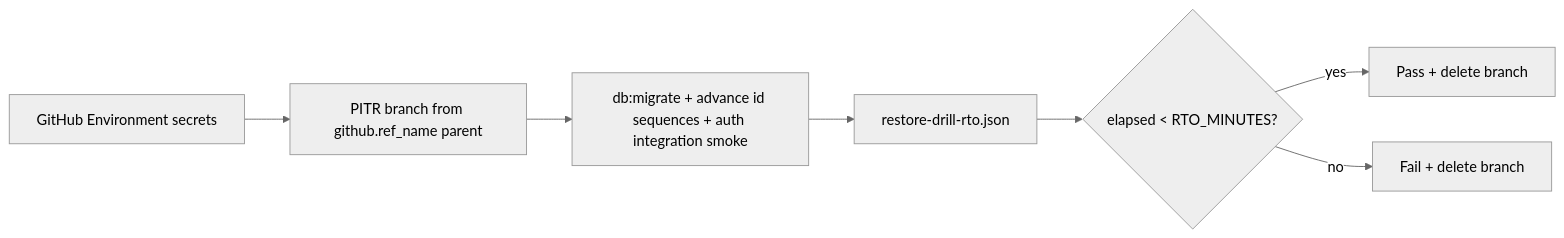
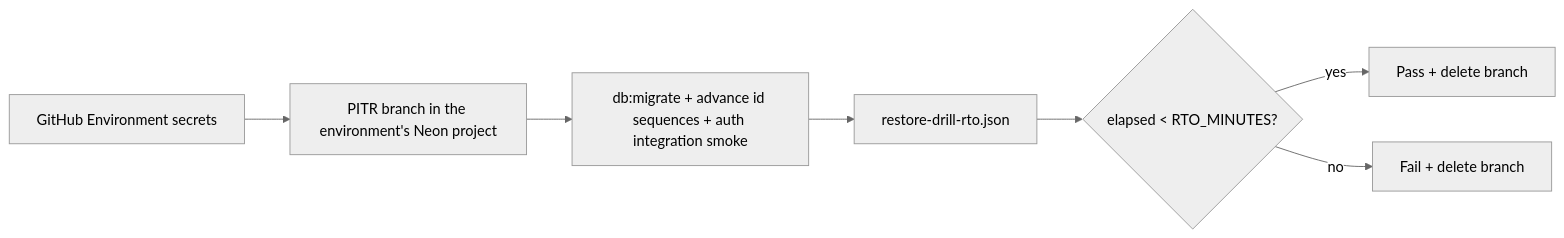
Before and after one commit to albetrios/clinozy-be: the diagram in docs/process/backup-drills.md, drawn with Mermaid (neutral theme). The commit also changed other lines of this file and 16 other files, not shown here.

First line of the commit message:
fix: restore drills use the environment's own Neon project (#52)

````diff
--- a/docs/process/backup-drills.md
+++ b/docs/process/backup-drills.md
@@ -21,9 +21,9 @@
 ```mermaid
 flowchart LR
-  A[GitHub Environment secrets] --> B["PITR branch from github.ref_name parent"]
+  A[GitHub Environment secrets] --> B["PITR branch in the environment's Neon project"]
   B --> C[db:migrate + advance id sequences + auth integration smoke]
   C --> D[restore-drill-rto.json]
   D --> E{elapsed < RTO_MINUTES?}
   E -->|yes| F[Pass + delete branch]
   E -->|no| G[Fail + delete branch]
 ```
````
